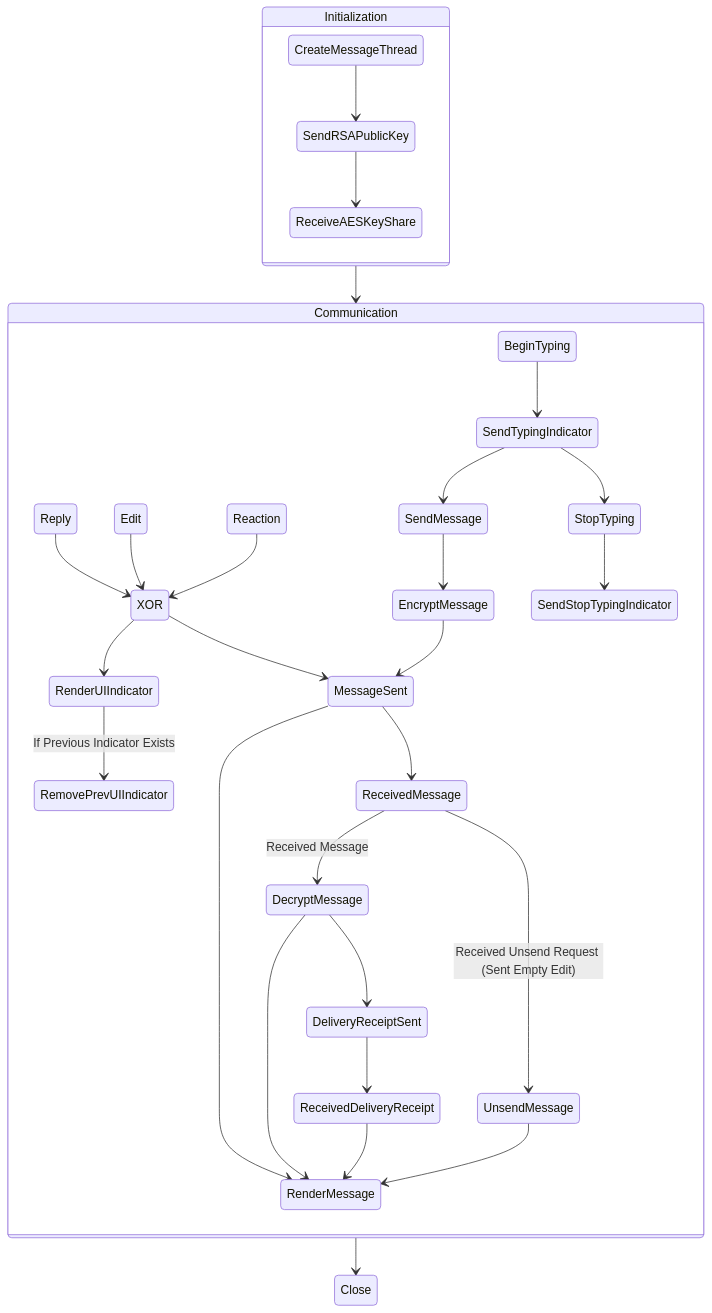
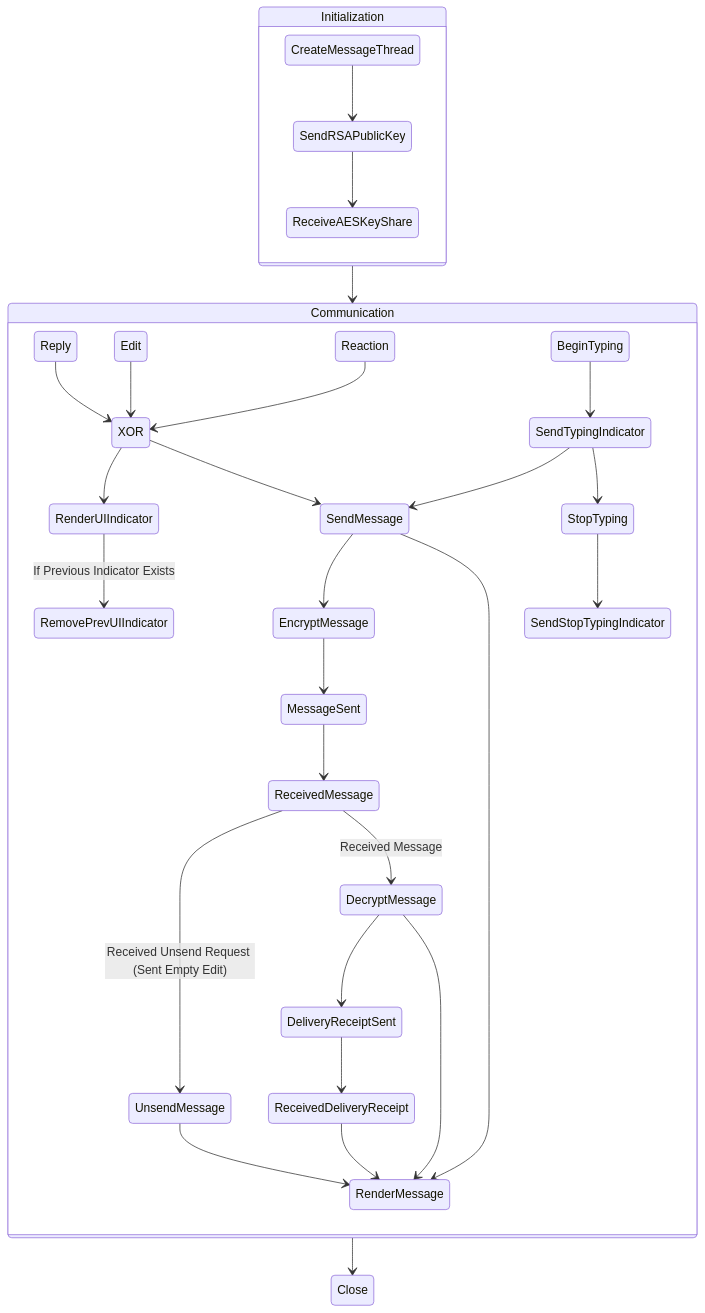
One commit to xXCrash2BomberXx/TinyChat changed the fourth of 4 diagrams in 4+1.md. Above: the diagram before and after it, drawn with Mermaid.

````diff
--- a/4+1.md
+++ b/4+1.md
@@ -104,32 +104,32 @@
 ```mermaid
 stateDiagram
   state Initialization {
     CreateMessageThread --> SendRSAPublicKey
     SendRSAPublicKey --> ReceiveAESKeyShare
   }
   state Communication {
     Reply --> XOR
     Edit --> XOR
     Reaction --> XOR
     XOR --> RenderUIIndicator
     RenderUIIndicator --> RemovePrevUIIndicator: If Previous Indicator Exists
-    XOR --> MessageSent
+    XOR --> SendMessage
     BeginTyping --> SendTypingIndicator
     SendTypingIndicator --> SendMessage
     SendMessage --> EncryptMessage
     EncryptMessage --> MessageSent
     MessageSent --> ReceivedMessage
     ReceivedMessage --> UnsendMessage: Received Unsend Request (Sent Empty Edit)
     ReceivedMessage --> DecryptMessage: Received Message
     DecryptMessage --> DeliveryReceiptSent
     DeliveryReceiptSent --> ReceivedDeliveryReceipt
     SendTypingIndicator --> StopTyping
     StopTyping --> SendStopTypingIndicator
-    MessageSent --> RenderMessage
+    SendMessage --> RenderMessage
     DecryptMessage --> RenderMessage
     ReceivedDeliveryReceipt --> RenderMessage
     UnsendMessage --> RenderMessage
   }
   Initialization --> Communication
   Communication --> Close
 ```
````
